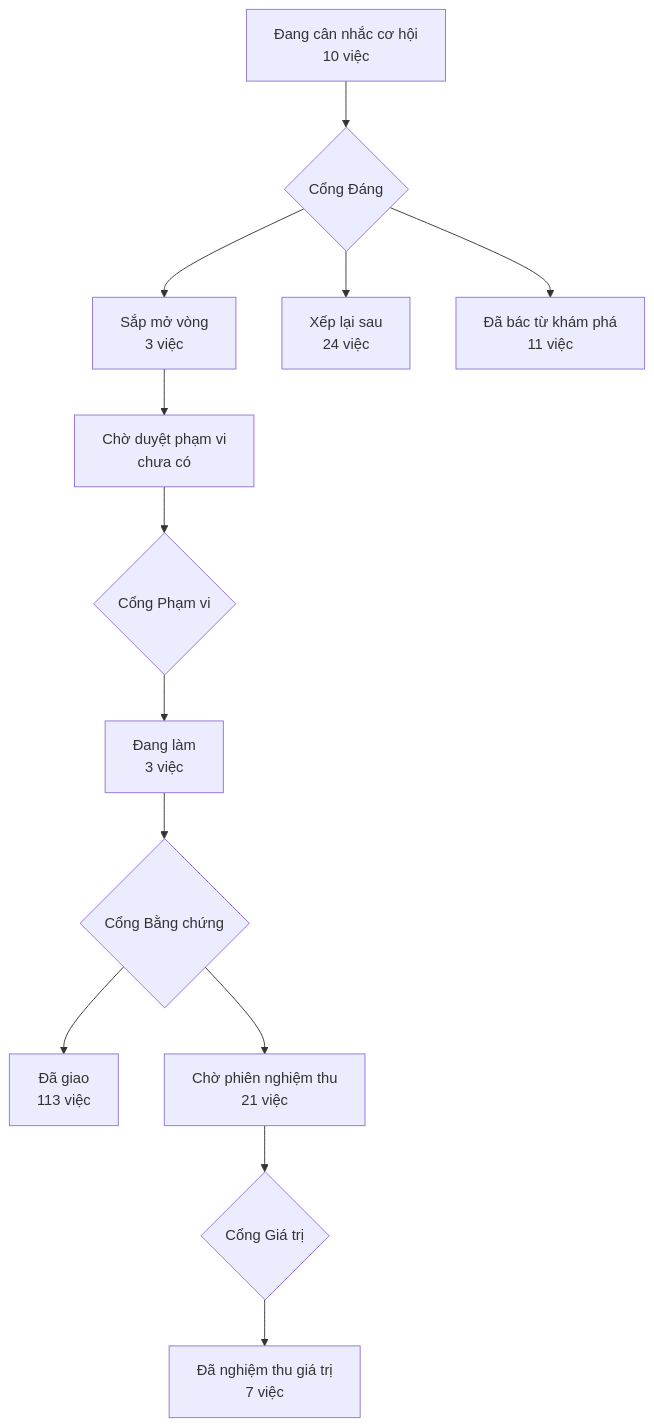
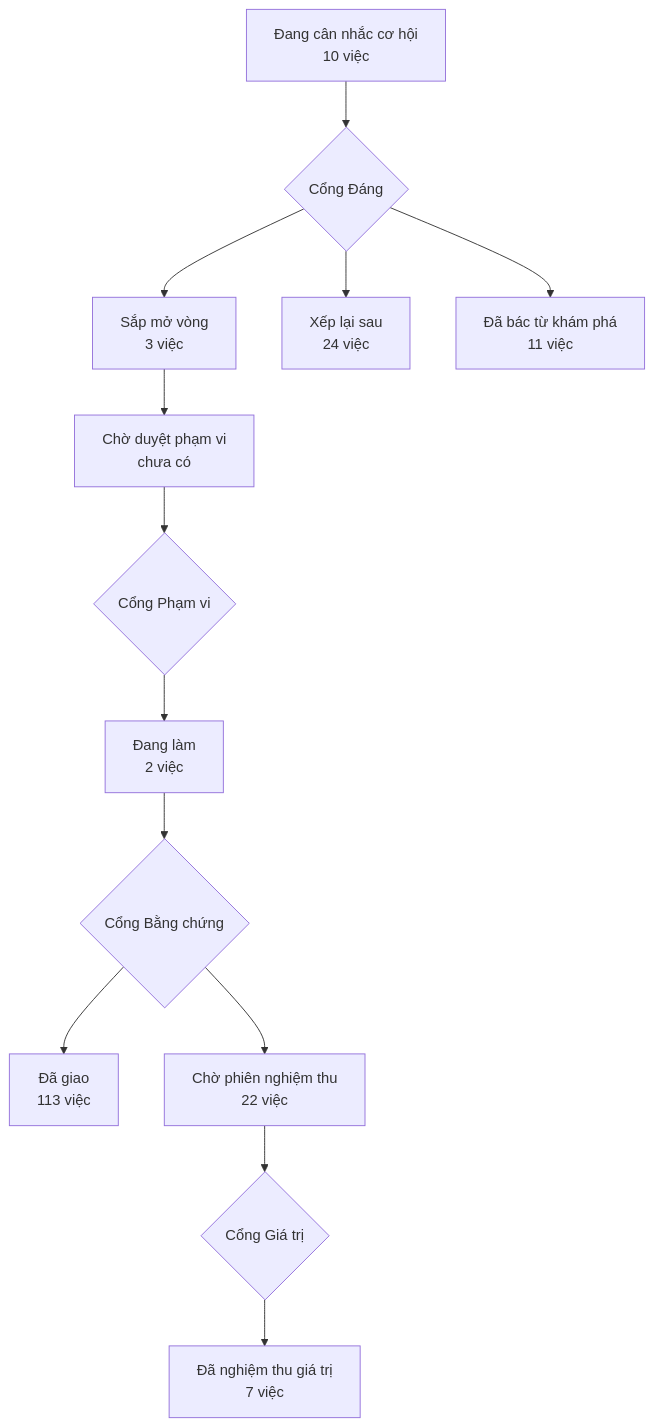
Before and after one commit to phanlemanh/acceptance-gate-kit: the diagram in PRODUCT-MAP.md, drawn with Mermaid. The commit also changed 5 other files, not shown here.

````diff
--- a/PRODUCT-MAP.md
+++ b/PRODUCT-MAP.md
@@ -7,12 +7,12 @@
 ```mermaid
 flowchart TD
   A["Đang cân nhắc cơ hội<br/>10 việc"] --> GD{"Cổng Đáng"}
   GD --> B["Sắp mở vòng<br/>3 việc"]
   GD --> XL["Xếp lại sau<br/>24 việc"]
   GD --> DB["Đã bác từ khám phá<br/>11 việc"]
   B --> CD["Chờ duyệt phạm vi<br/>chưa có"] --> GP{"Cổng Phạm vi"}
-  GP --> DL["Đang làm<br/>3 việc"] --> GB{"Cổng Bằng chứng"}
+  GP --> DL["Đang làm<br/>2 việc"] --> GB{"Cổng Bằng chứng"}
   GB --> DG["Đã giao<br/>113 việc"]
-  GB --> CN["Chờ phiên nghiệm thu<br/>21 việc"] --> GG{"Cổng Giá trị"}
+  GB --> CN["Chờ phiên nghiệm thu<br/>22 việc"] --> GG{"Cổng Giá trị"}
   GG --> NT["Đã nghiệm thu giá trị<br/>7 việc"]
 ```
````
